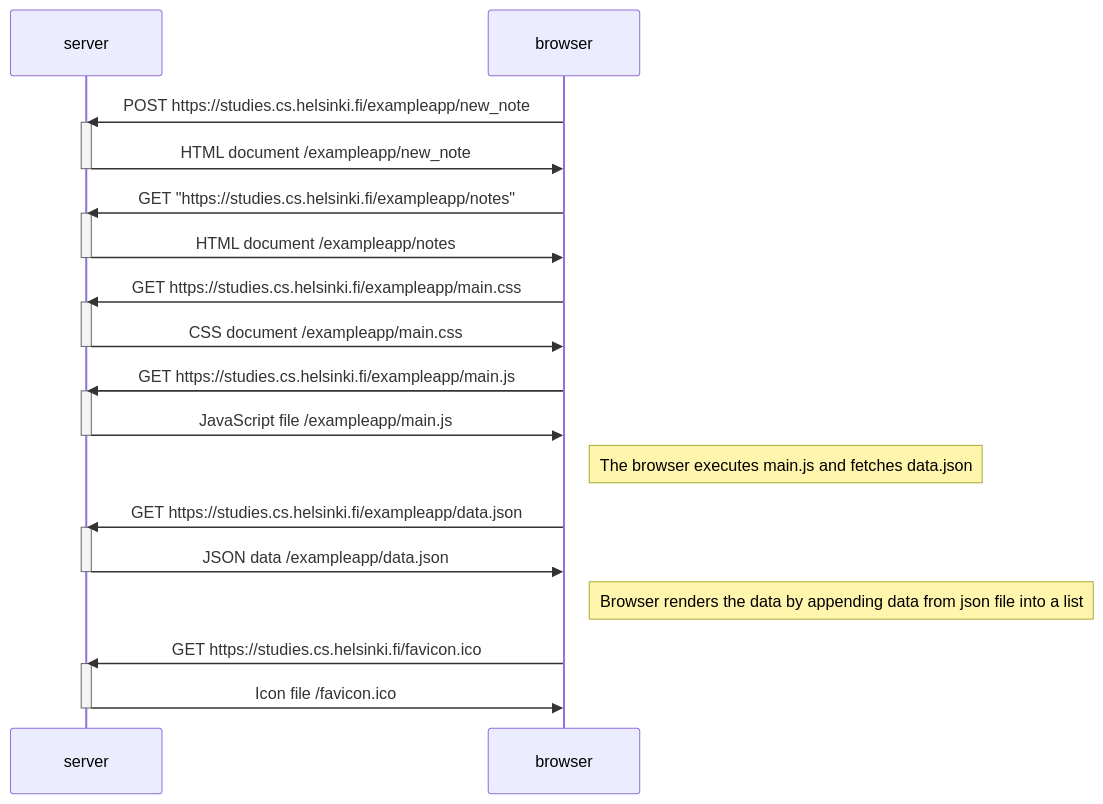
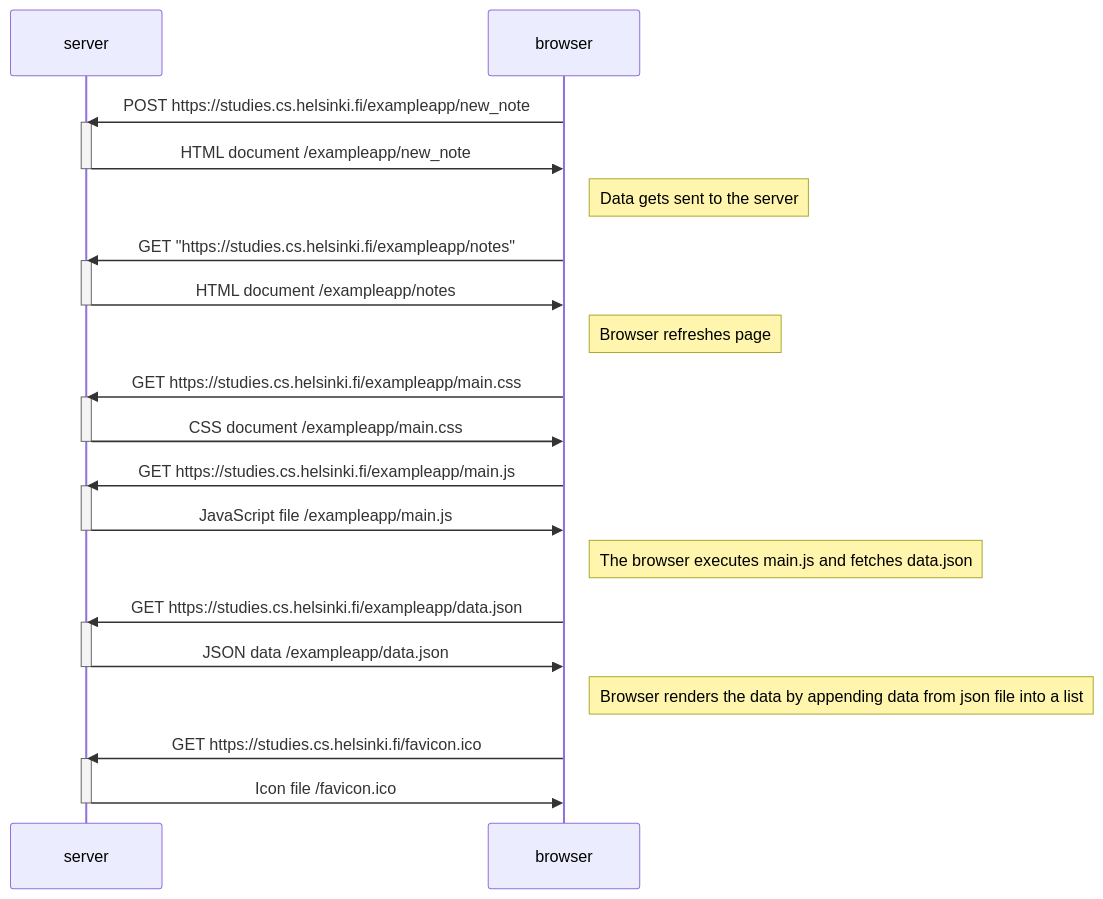
The diagram in Part 0b/exercise0.4.md (Leifdin/Fullstackopen), drawn with Mermaid before and after one commit.

````diff
--- a/Part 0b/exercise0.4.md
+++ b/Part 0b/exercise0.4.md
@@ -1,40 +1,44 @@
 ```mermaid
 sequenceDiagram
 
     participant server
     participant browser
 
     browser->>server: POST https://studies.cs.helsinki.fi/exampleapp/new_note
     activate server
     server ->>browser: HTML document /exampleapp/new_note
     deactivate server
 
+    Note right of browser: Data gets sent to the server
+
     browser->>server: GET "https://studies.cs.helsinki.fi/exampleapp/notes"
     activate server
     server->>browser: HTML document /exampleapp/notes
     deactivate server
+
+    Note right of browser: Browser refreshes page
 
     browser->>server: GET https://studies.cs.helsinki.fi/exampleapp/main.css
     activate server
     server->>browser: CSS document /exampleapp/main.css
     deactivate server
 
     browser->>server: GET https://studies.cs.helsinki.fi/exampleapp/main.js
     activate server
     server->>browser: JavaScript file /exampleapp/main.js
     deactivate server
     
     Note right of browser: The browser executes main.js and fetches data.json
 
     browser->>server: GET https://studies.cs.helsinki.fi/exampleapp/data.json
     activate server
     server->>browser: JSON data /exampleapp/data.json
     deactivate server
 
     Note right of browser: Browser renders the data by appending data from json file into a list
 
     browser->>server: GET https://studies.cs.helsinki.fi/favicon.ico
     activate server
     server->>browser: Icon file /favicon.ico
     deactivate server
 ```
````
